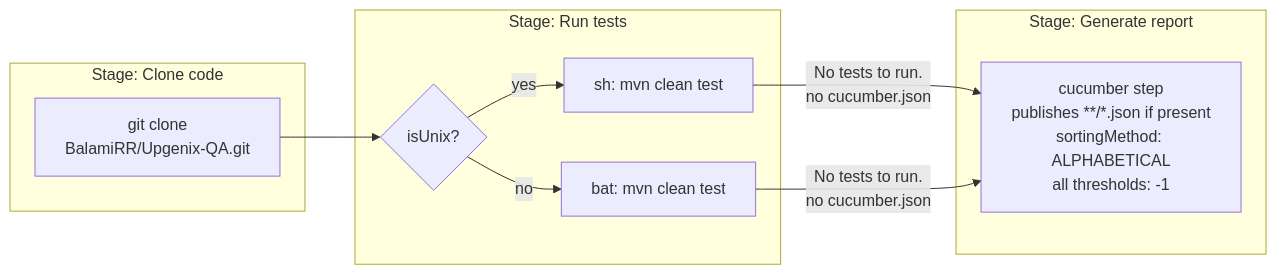
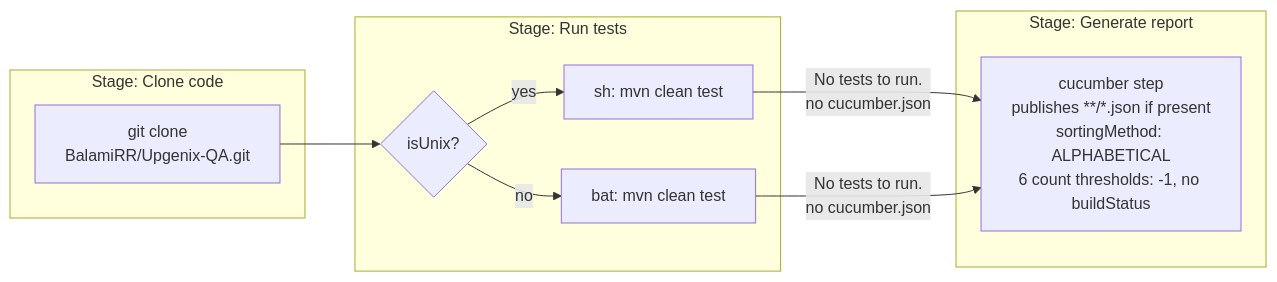
Before and after one commit to lakshya-blitzy/RepoSitory_with_multiple_details_12345-: the second of 4 diagrams in README.md, drawn with Mermaid. The commit also changed other lines of this file and 23 other files, not shown here.

````diff
--- a/README.md
+++ b/README.md
@@ -1022,19 +1086,19 @@
 ```mermaid
 flowchart LR
     subgraph Clone["Stage: Clone code"]
         Git["git clone<br/>BalamiRR/Upgenix-QA.git"]
     end
     subgraph Run["Stage: Run tests"]
         Unix{"isUnix?"}
         Sh["sh: mvn clean test"]
         Bat["bat: mvn clean test"]
     end
     subgraph Report["Stage: Generate report"]
-        Cuc["cucumber step<br/>publishes **/*.json if present<br/>sortingMethod: ALPHABETICAL<br/>all thresholds: -1"]
+        Cuc["cucumber step<br/>publishes **/*.json if present<br/>sortingMethod: ALPHABETICAL<br/>6 count thresholds: -1, no buildStatus"]
     end
     Git --> Unix
     Unix -- "yes" --> Sh
     Unix -- "no" --> Bat
     Sh -- "No tests to run.<br/>no cucumber.json" --> Cuc
     Bat -- "No tests to run.<br/>no cucumber.json" --> Cuc
 ```
````
